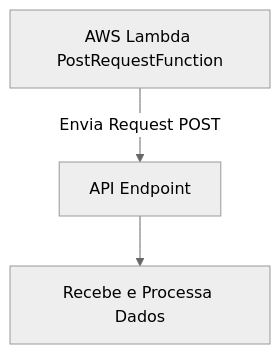
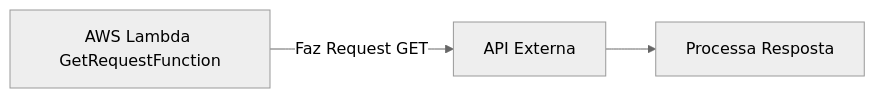
One commit to lvgalvao/data-engineering-roadmap changed the fourth of 5 diagrams in Bootcamp - Cloud para dados/Aula_10/README.md. Above: the diagram before and after it, drawn with Mermaid (neutral theme). The commit also changed other lines of this file, not shown here.

````diff
--- a/Bootcamp - Cloud para dados/Aula_10/README.md
+++ b/Bootcamp - Cloud para dados/Aula_10/README.md
@@ -93,5 +110,5 @@
    ```mermaid
-   graph TD
-       Lambda4[AWS Lambda PostRequestFunction] -->|Envia Request POST| Endpoint[API Endpoint]
-       Endpoint --> Process4[Recebe e Processa Dados]
+   graph LR
+       Lambda4[AWS Lambda GetRequestFunction] -->|Faz Request GET| API[API Externa]
+       API --> Process4[Processa Resposta]
    ```
````
